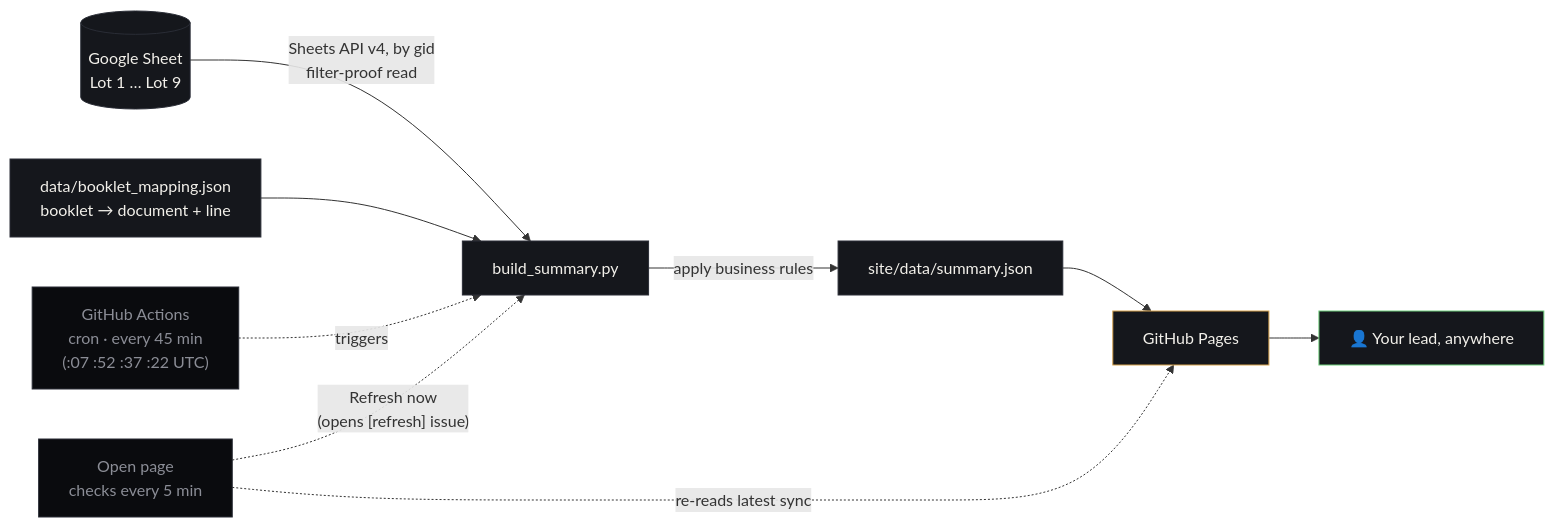
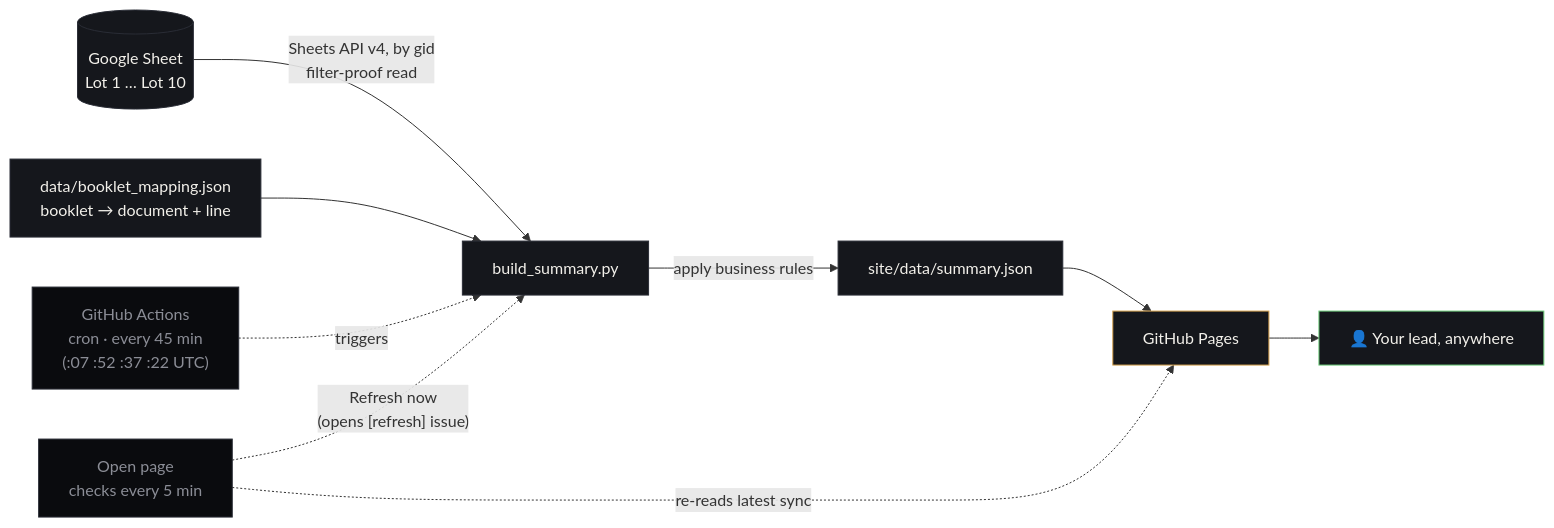
Before and after one commit to vikramdex-ops/iso-review-dashboard: the diagram in README.md, drawn with Mermaid. The commit also changed other lines of this file, not shown here.

````diff
--- a/README.md
+++ b/README.md
@@ -102,20 +102,20 @@
 ```mermaid
 flowchart LR
-    A[("Google Sheet\nLot 1 … Lot 9")] -->|Sheets API v4, by gid\nfilter-proof read| B["build_summary.py"]
+    A[("Google Sheet\nLot 1 … Lot 10")] -->|Sheets API v4, by gid\nfilter-proof read| B["build_summary.py"]
     B -->|apply business rules| C["site/data/summary.json"]
     C --> D["GitHub Pages"]
     H["data/booklet_mapping.json\nbooklet → document + line"] --> B
     E["GitHub Actions\ncron · every 45 min\n(:07 :52 :37 :22 UTC)"] -.triggers.-> B
     F["Open page\nchecks every 5 min"] -.re-reads latest sync.-> D
     F -."Refresh now\n(opens [refresh] issue)".-> B
     D --> G["👤 Your lead, anywhere"]
 
     style A fill:#15171c,stroke:#2a2d36,color:#f2f0ea
     style B fill:#15171c,stroke:#2a2d36,color:#f2f0ea
     style C fill:#15171c,stroke:#2a2d36,color:#f2f0ea
     style D fill:#15171c,stroke:#d7a34f,color:#f2f0ea
     style E fill:#0a0b0e,stroke:#2a2d36,color:#8b8d96
     style F fill:#0a0b0e,stroke:#2a2d36,color:#8b8d96
     style H fill:#15171c,stroke:#2a2d36,color:#f2f0ea
     style G fill:#15171c,stroke:#6fcf7c,color:#f2f0ea
 ```
````
